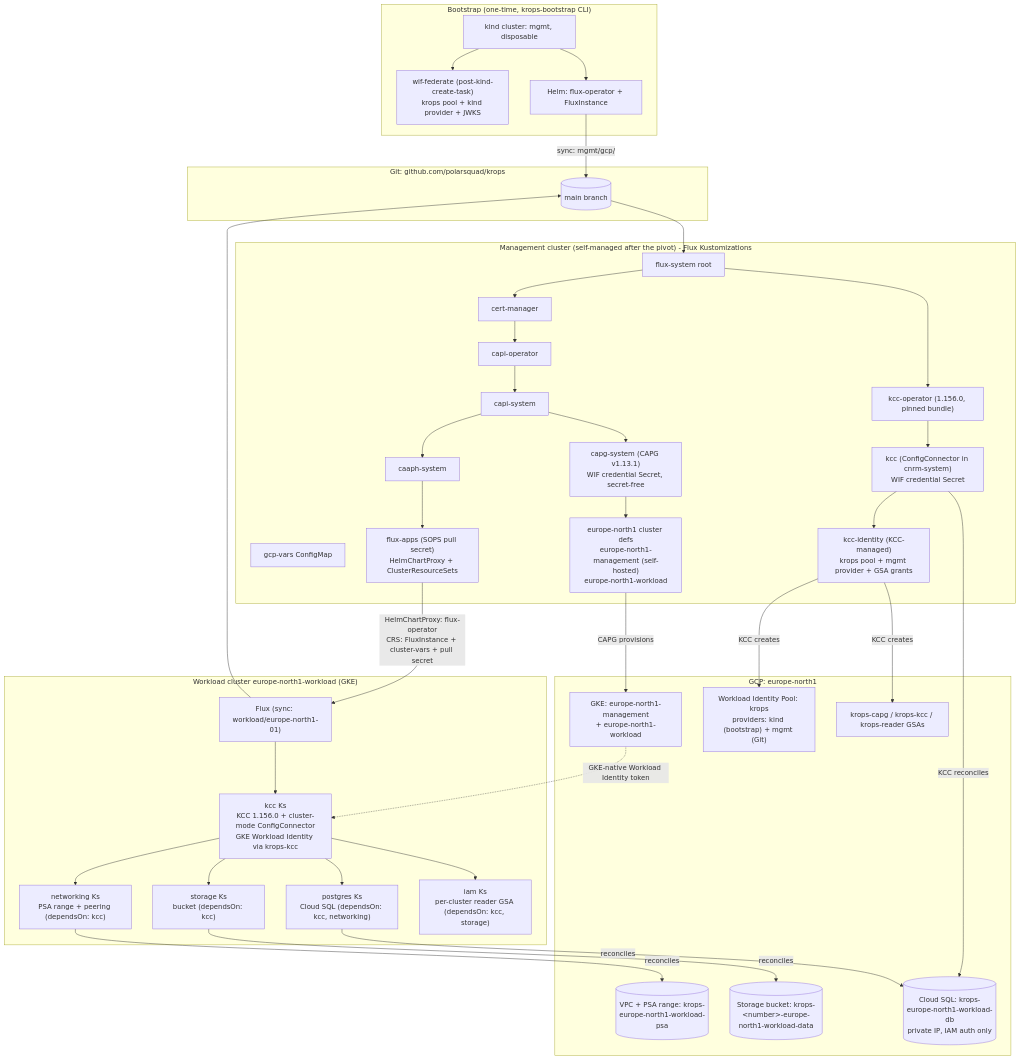
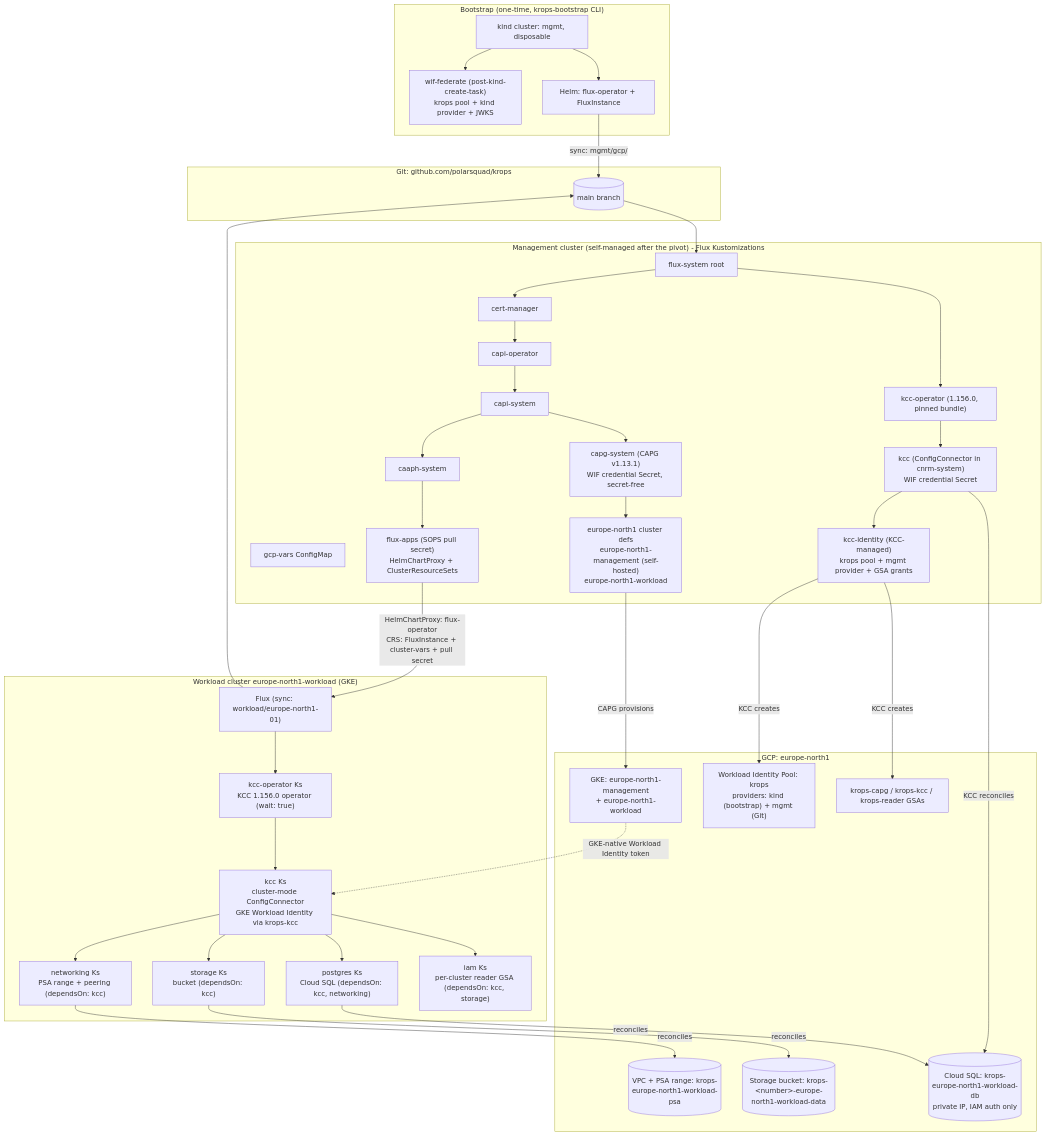
One commit to TrueHear-Infra/truehear-infra-dev changed the third of 5 diagrams in docs/architecture.md. Above: the diagram before and after it, drawn with Mermaid. The commit also changed other lines of this file and 11 other files, not shown here.

First line of the commit message:
fix(gcp): workload KCC split, PSA range kind, reader identity (refs #72)

````diff
--- a/docs/architecture.md
+++ b/docs/architecture.md
@@ -344,73 +344,74 @@
 ```mermaid
 flowchart TD
     subgraph bootstrap["Bootstrap (one-time, krops-bootstrap CLI)"]
         KIND[kind cluster: mgmt, disposable]
         WIF["wif-federate (post-kind-create-task)<br/>krops pool + kind provider + JWKS"]
         HELM[Helm: flux-operator + FluxInstance]
         KIND --> WIF
         KIND --> HELM
     end
 
     subgraph git["Git: github.com/polarsquad/krops"]
         REPO[(main branch)]
     end
 
     HELM -->|"sync: mgmt/gcp/"| REPO
 
     subgraph mgmt["Management cluster (self-managed after the pivot) - Flux Kustomizations"]
         FS[flux-system root]
         GCPV[gcp-vars ConfigMap]
         CM[cert-manager]
         CO[capi-operator]
         CAPIS[capi-system]
         CAPGS["capg-system (CAPG v1.13.1)<br/>WIF credential Secret, secret-free"]
         CAAPH[caaph-system]
         KCCO["kcc-operator (1.156.0, pinned bundle)"]
         KCC["kcc (ConfigConnector in cnrm-system)<br/>WIF credential Secret"]
         KCCI["kcc-identity (KCC-managed)<br/>krops pool + mgmt provider + GSA grants"]
         EUNC["europe-north1 cluster defs<br/>europe-north1-management (self-hosted)<br/>europe-north1-workload"]
         FA["flux-apps (SOPS pull secret)<br/>HelmChartProxy + ClusterResourceSets"]
 
         FS --> CM --> CO --> CAPIS --> CAPGS
         CAPIS --> CAAPH --> FA
         FS --> KCCO --> KCC --> KCCI
         CAPGS --> EUNC
     end
 
     REPO --> FS
 
     subgraph gcp["GCP: europe-north1"]
         GKE[GKE: europe-north1-management<br/>+ europe-north1-workload]
         POOL["Workload Identity Pool: krops<br/>providers: kind (bootstrap) + mgmt (Git)"]
         GSAS["krops-capg / krops-kcc / krops-reader GSAs"]
         VPC[(VPC + PSA range: krops-europe-north1-workload-psa)]
         BUCKET[(Storage bucket: krops-&lt;number&gt;-europe-north1-workload-data)]
         SQL[(Cloud SQL: krops-europe-north1-workload-db<br/>private IP, IAM auth only)]
     end
 
     EUNC -->|CAPG provisions| GKE
     KCCI -->|KCC creates| POOL
     KCCI -->|KCC creates| GSAS
     KCC -->|KCC reconciles| SQL
     FA -->|"HelmChartProxy: flux-operator<br/>CRS: FluxInstance + cluster-vars + pull secret"| WF
 
     subgraph wl["Workload cluster europe-north1-workload (GKE)"]
         WF["Flux (sync: workload/europe-north1-01)"]
-        WKCC["kcc Ks<br/>KCC 1.156.0 + cluster-mode ConfigConnector<br/>GKE Workload Identity via krops-kcc"]
+        WKCCO["kcc-operator Ks<br/>KCC 1.156.0 operator (wait: true)"]
+        WKCC["kcc Ks<br/>cluster-mode ConfigConnector<br/>GKE Workload Identity via krops-kcc"]
         WNET["networking Ks<br/>PSA range + peering (dependsOn: kcc)"]
         WSTOR["storage Ks<br/>bucket (dependsOn: kcc)"]
         WPSQL["postgres Ks<br/>Cloud SQL (dependsOn: kcc, networking)"]
         WIAM["iam Ks<br/>per-cluster reader GSA (dependsOn: kcc, storage)"]
 
-        WF --> WKCC --> WNET
+        WF --> WKCCO --> WKCC --> WNET
         WKCC --> WSTOR
         WKCC --> WPSQL
         WKCC --> WIAM
     end
 
     WF --> REPO
     GKE -.->|GKE-native Workload Identity token| WKCC
     WNET -->|reconciles| VPC
     WSTOR -->|reconciles| BUCKET
     WPSQL -->|reconciles| SQL
 ```
````
